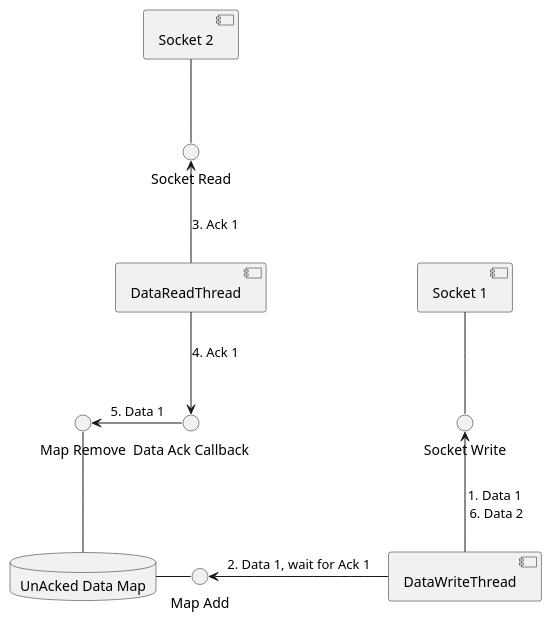
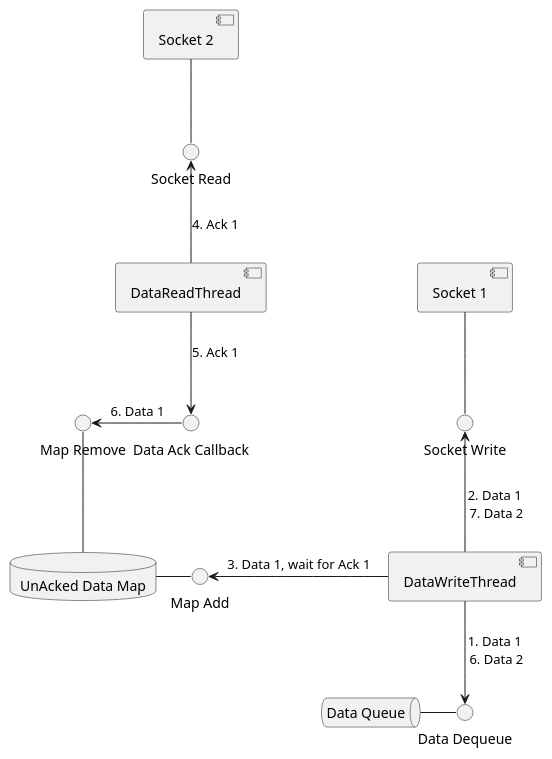
The third of 5 diagrams in doc/DataProcess.md (xiguichen/tcpudp), drawn with PlantUML before and after one commit. The commit also changed other lines of this file, not shown here.

Commit message:
more design update about send data and receive data

````diff
--- a/doc/DataProcess.md
+++ b/doc/DataProcess.md
@@ -97,41 +97,46 @@
 ```plantuml
 
+queue "Data Queue" as DataQueue {
+}
+() "Data Dequeue" as DataDequeue
+DataQueue - DataDequeue
 
 component "Socket 1" as Socket1 {
 }
 
 () "Socket Write" as SocketWrite
 
 
 () "Data Ack Callback" as DataAckCallback
 
 component "DataWriteThread" as DataWriteThread {
 
 }
 
 component "DataReadThread" as DataReadThread {
 }
 
 
 component "Socket 2" as Socket2 {
 }
 () "Socket Read" as SocketRead
 Socket2 -- SocketRead
 
 database "UnAcked Data Map" as UnAckedDataMap {
 }
 () "Map Add" as MapAdd
 () "Map Remove" as MapRemove
 
 UnAckedDataMap - MapAdd
 MapRemove -d- UnAckedDataMap
 
 
 SocketWrite -u- Socket1
-DataWriteThread -u-> SocketWrite: "1. Data 1\n 6. Data 2"
-DataWriteThread -l-> MapAdd : "2. Data 1, wait for Ack 1"
-DataReadThread -u-> SocketRead : "3. Ack 1"
-DataReadThread -d-> DataAckCallback : "4. Ack 1"
-DataAckCallback -> MapRemove : "5. Data 1"
+DataWriteThread --> DataDequeue : "1. Data 1\n 6. Data 2"
+DataWriteThread -u-> SocketWrite: "2. Data 1\n 7. Data 2"
+DataWriteThread -l-> MapAdd : "3. Data 1, wait for Ack 1"
+DataReadThread -u-> SocketRead : "4. Ack 1"
+DataReadThread -d-> DataAckCallback : "5. Ack 1"
+DataAckCallback -> MapRemove : "6. Data 1"
 
 ```
````
